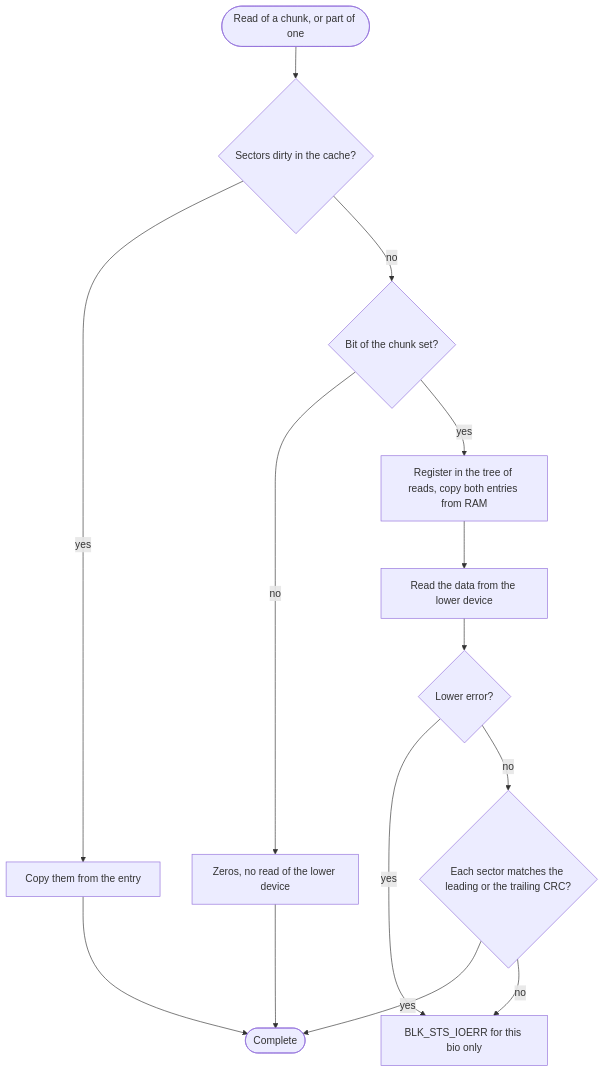
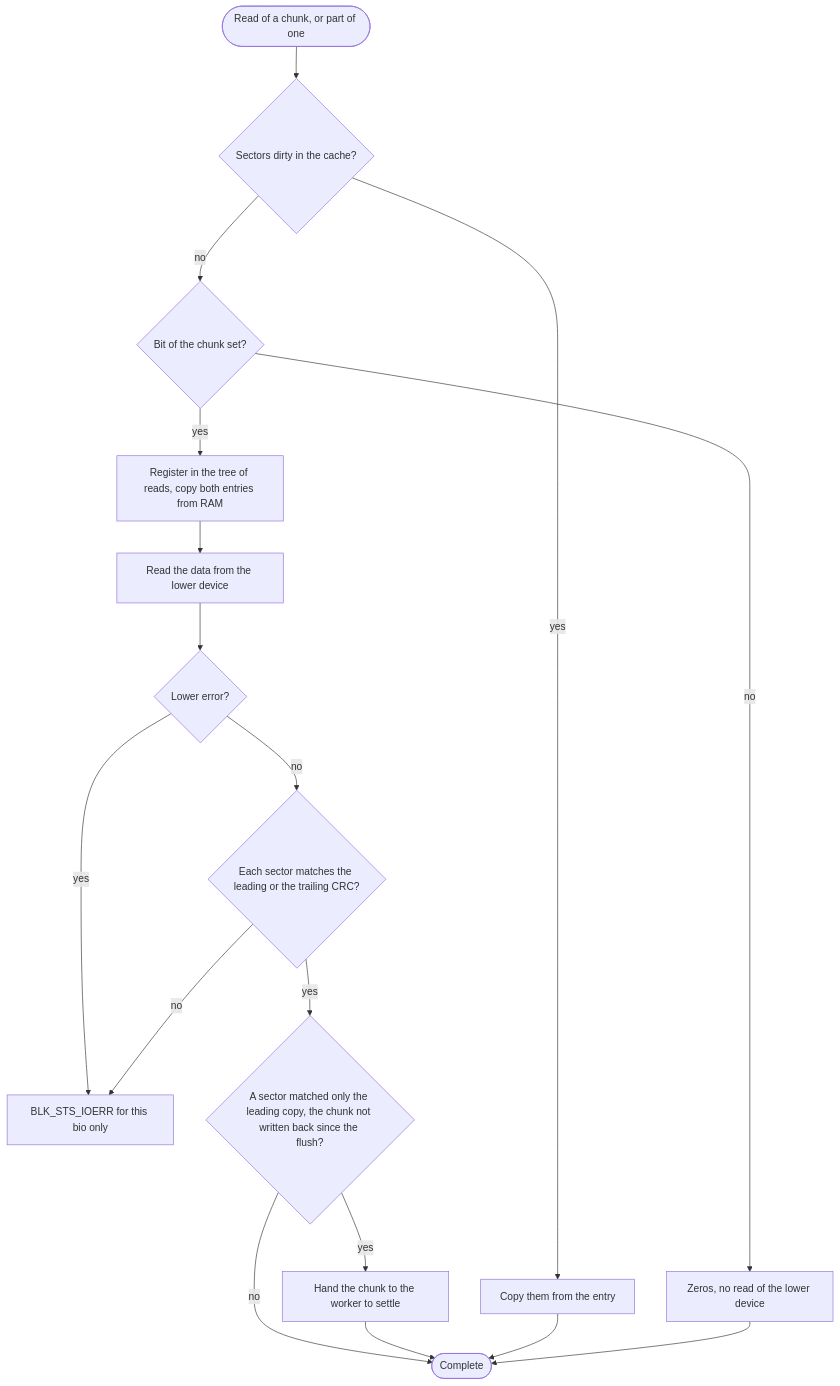
The fifth of 20 diagrams in docs/en/DIAGRAMS.md (Dx-by-Dy/Automatic-Error-Correction-Driver), drawn with Mermaid before and after one commit. The commit also changed other lines of this file and 21 other files, not shown here.

````diff
--- a/docs/en/DIAGRAMS.md
+++ b/docs/en/DIAGRAMS.md
@@ -131,16 +131,19 @@
 ```mermaid
 flowchart TD
     read(["Read of a chunk, or part of one"]) --> cached{"Sectors dirty in the cache?"}
     cached -- yes --> copy["Copy them from the entry"]
     cached -- no --> bit{"Bit of the chunk set?"}
     bit -- no --> zeros["Zeros, no read of the lower device"]
     bit -- yes --> register["Register in the tree of reads, copy both entries from RAM"]
     register --> lower["Read the data from the lower device"]
     lower --> error{"Lower error?"}
     error -- yes --> eio["BLK_STS_IOERR for this bio only"]
     error -- no --> crc{"Each sector matches the leading or the trailing CRC?"}
-    crc -- yes --> ok(["Complete"])
+    crc -- yes --> only{"A sector matched only the leading copy, the chunk not written back since the flush?"}
+    only -- yes --> settle["Hand the chunk to the worker to settle"]
+    only -- no --> ok(["Complete"])
+    settle --> ok
     crc -- no --> eio
     copy --> ok
     zeros --> ok
 ```
````
